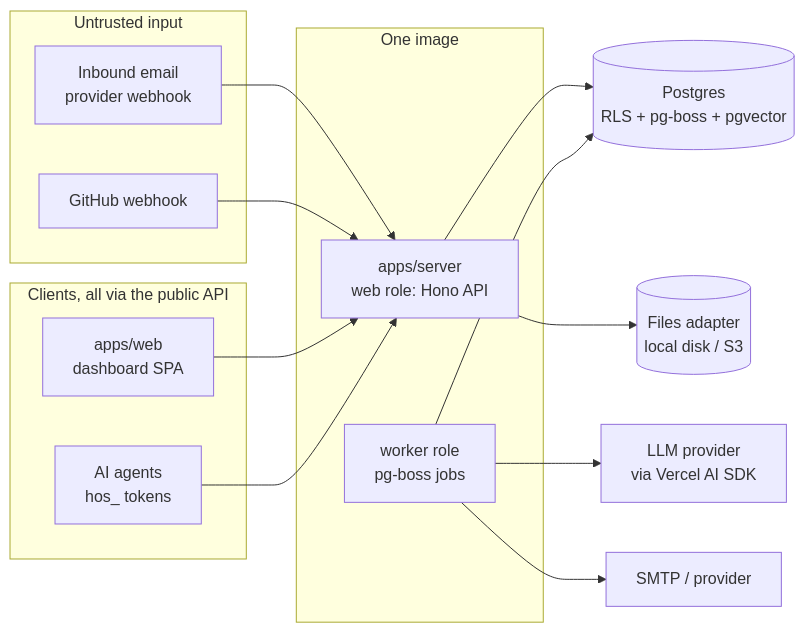
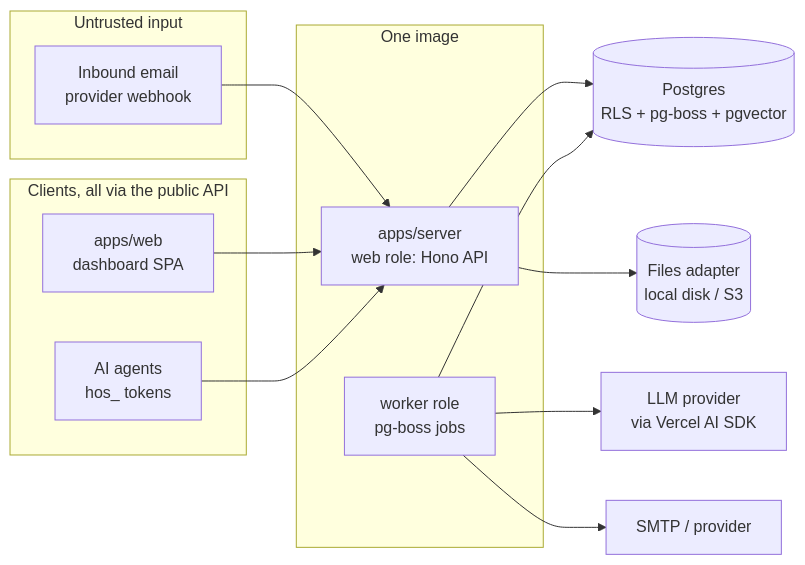
One commit to bsteps/helpos changed the first of 2 diagrams in docs/architecture/overview.md. Above: the diagram before and after it, drawn with Mermaid. The commit also changed other lines of this file and 141 other files, not shown here.

First line of the commit message:
refactor: remove the GitHub tracker flow (#404)

````diff
--- a/docs/architecture/overview.md
+++ b/docs/architecture/overview.md
@@ -9,29 +9,27 @@
 ```mermaid
 flowchart LR
   subgraph untrusted [Untrusted input]
     E[Inbound email<br/>provider webhook]
-    GH[GitHub webhook]
   end
   subgraph clients [Clients, all via the public API]
     W[apps/web<br/>dashboard SPA]
     A[AI agents<br/>hos_ tokens]
   end
   subgraph image [One image]
     S[apps/server<br/>web role: Hono API]
     K[worker role<br/>pg-boss jobs]
   end
   PG[(Postgres<br/>RLS + pg-boss + pgvector)]
   F[(Files adapter<br/>local disk / S3)]
   AI[LLM provider<br/>via Vercel AI SDK]
   SMTP[SMTP / provider]
 
   E --> S
-  GH --> S
   W --> S
   A --> S
   S --> PG
   K --> PG
   S --> F
   K --> AI
   K --> SMTP
 ```
````
